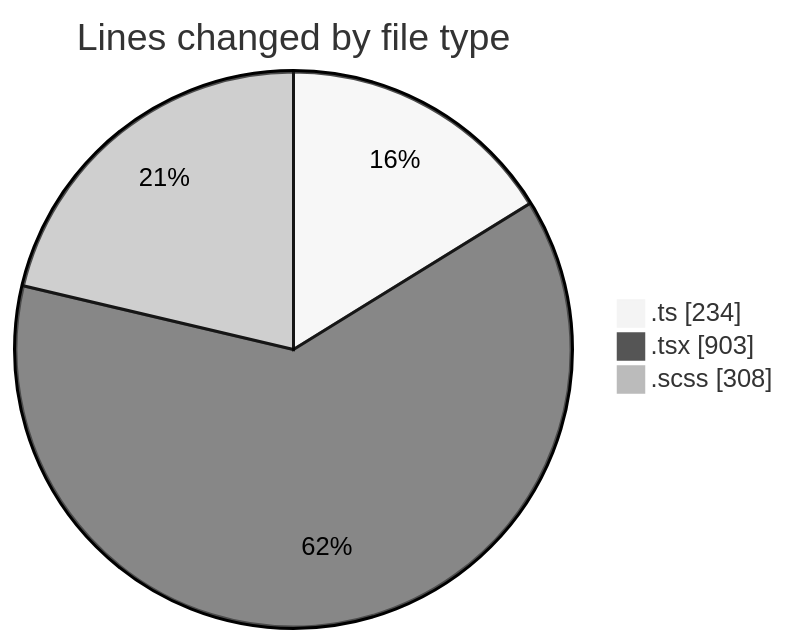
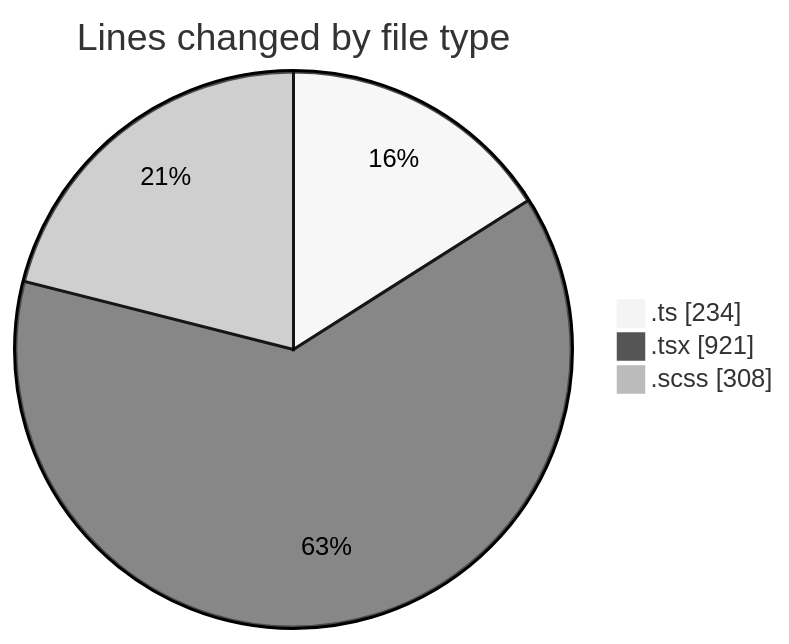
One commit to momahboobian/code-tracking changed the first of 2 diagrams in 2025-05-01/cda/README.md. Above: the diagram before and after it, drawn with Mermaid (neutral theme). The commit also changed other lines of this file and 1 other file, not shown here.

````diff
--- a/2025-05-01/cda/README.md
+++ b/2025-05-01/cda/README.md
@@ -28,7 +28,7 @@
 ```mermaid
 pie showData
 title Lines changed by file type
 ".ts" : 234
-".tsx" : 903
+".tsx" : 921
 ".scss" : 308
 ```
````
